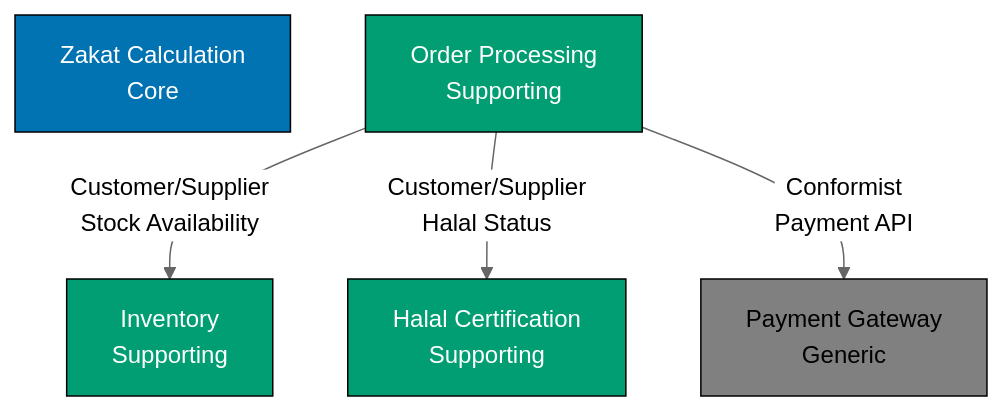
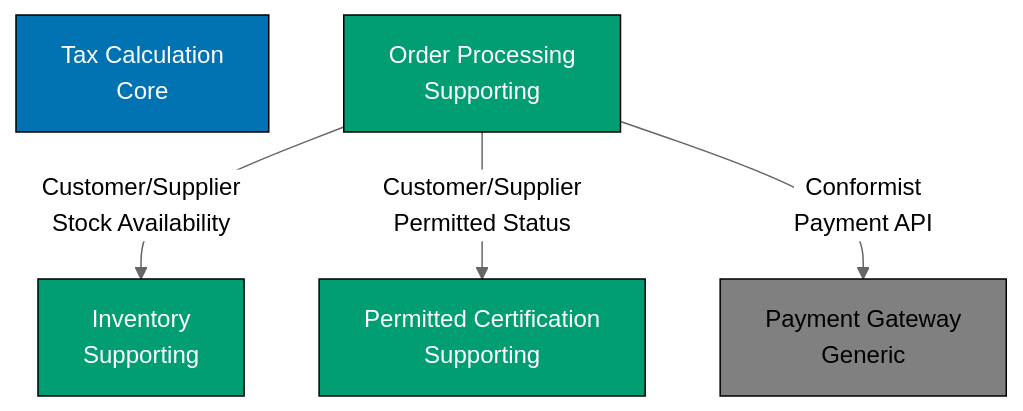
One commit to wahidyankf/open-sharia-enterprise changed the first of 2 diagrams in docs/explanation/software/architecture/domain-driven-design-ddd/ex-so-ar-dodrdedd__06-strategic-design-process.md. Above: the diagram before and after it, drawn with Mermaid (neutral theme). The commit also changed other lines of this file and 94 other files, not shown here.

````diff
--- a/docs/explanation/software/architecture/domain-driven-design-ddd/ex-so-ar-dodrdedd__06-strategic-design-process.md
+++ b/docs/explanation/software/architecture/domain-driven-design-ddd/ex-so-ar-dodrdedd__06-strategic-design-process.md
@@ -411,18 +411,18 @@
 ```mermaid
 graph TD
-    ZC[Zakat Calculation<br/>Core]
-    HC[Halal Certification<br/>Supporting]
+    ZC[Tax Calculation<br/>Core]
+    HC[Permitted Certification<br/>Supporting]
     OP[Order Processing<br/>Supporting]
     INV[Inventory<br/>Supporting]
     PAY[Payment Gateway<br/>Generic]
 
     OP -->|"Customer/Supplier<br/>Stock Availability"| INV
-    OP -->|"Customer/Supplier<br/>Halal Status"| HC
+    OP -->|"Customer/Supplier<br/>Permitted Status"| HC
     OP -->|"Conformist<br/>Payment API"| PAY
 
     style ZC fill:#0173B2,stroke:#000,color:#FFFFFF
     style HC fill:#029E73,stroke:#000,color:#FFFFFF
     style OP fill:#029E73,stroke:#000,color:#FFFFFF
     style INV fill:#029E73,stroke:#000,color:#FFFFFF
     style PAY fill:#808080,stroke:#000,color:#000000
 ```
````
